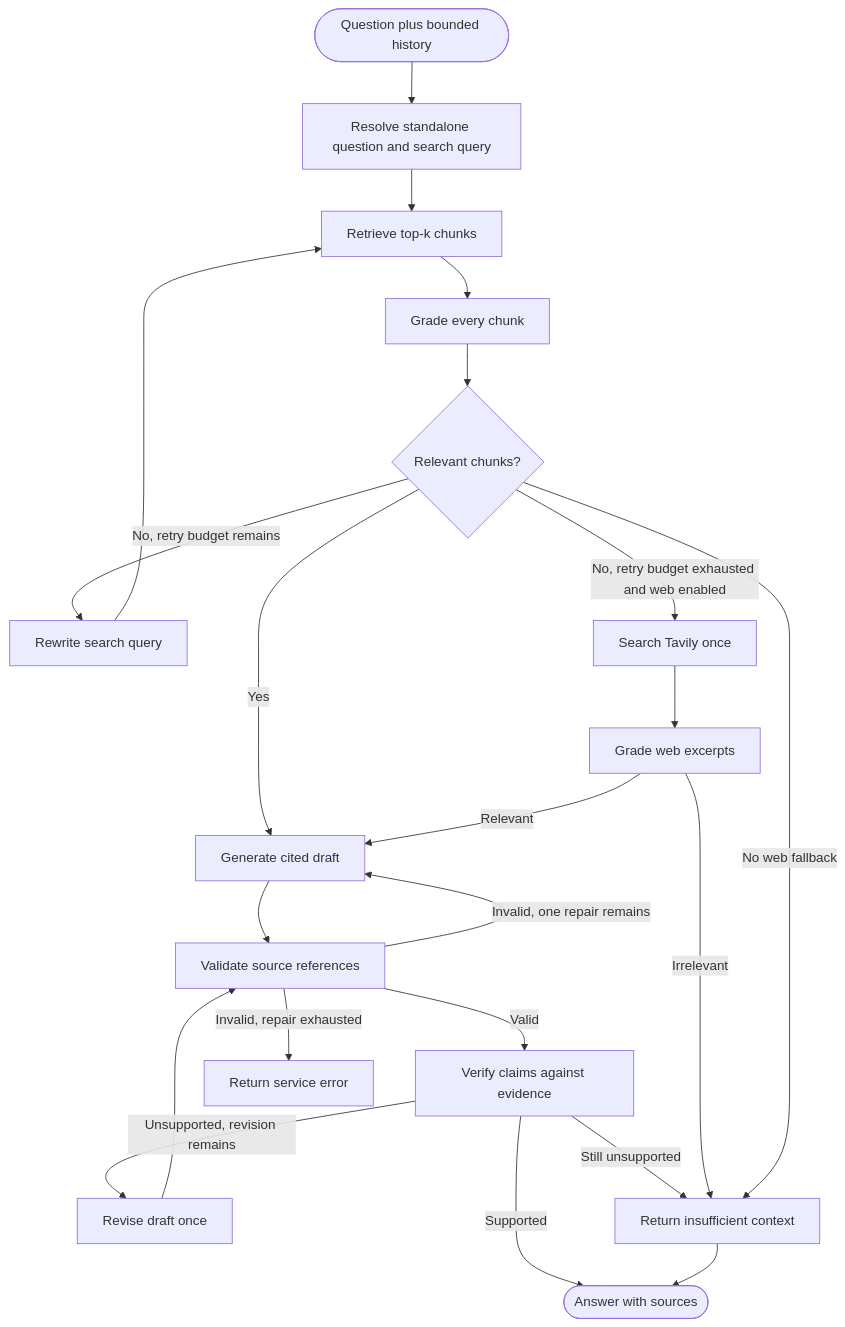
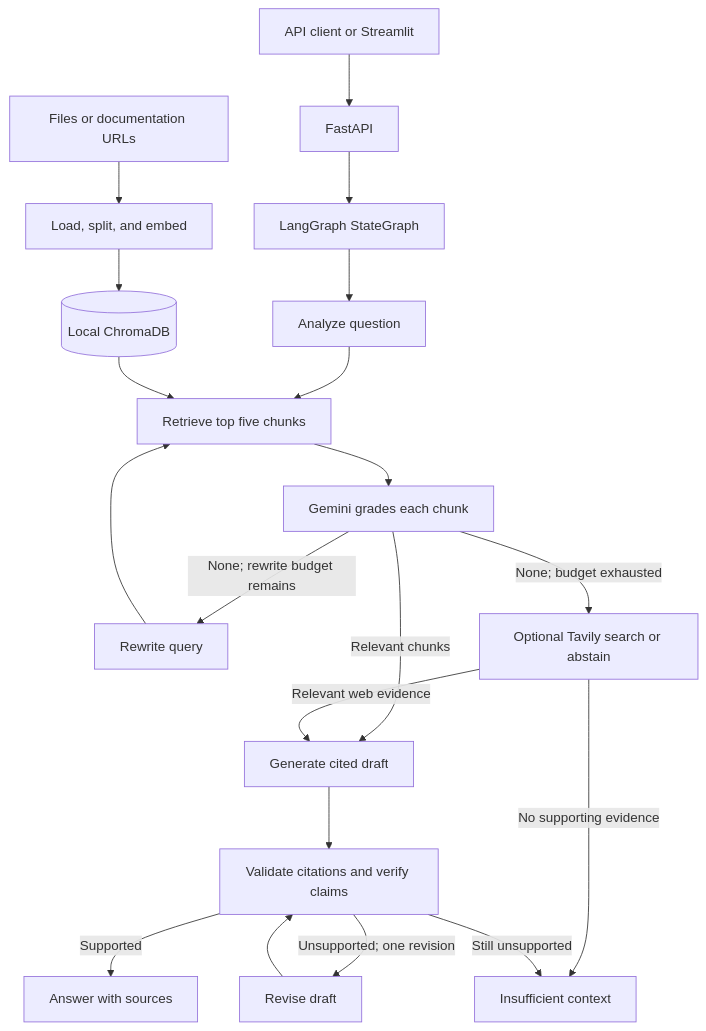
Before and after one commit to Sonam-icon/know-it: the diagram in README.md, drawn with Mermaid. The commit also changed other lines of this file, not shown here.

Commit message:
chore: updated the readme.md for architecture diagram

````diff
--- a/README.md
+++ b/README.md
@@ -51,24 +7,22 @@
-~~~mermaid
+```mermaid
 flowchart TD
-    Start([Question plus bounded history]) --> Analyze[Resolve standalone question and search query]
-    Analyze --> Retrieve[Retrieve top-k chunks]
-    Retrieve --> Grade[Grade every chunk]
-    Grade --> Decision{Relevant chunks?}
-    Decision -->|Yes| Generate[Generate cited draft]
-    Generate --> Cite[Validate source references]
-    Cite -->|Valid| Verify[Verify claims against evidence]
-    Cite -->|Invalid, one repair remains| Generate
-    Cite -->|Invalid, repair exhausted| ProviderError[Return service error]
-    Verify -->|Supported| Done([Answer with sources])
-    Verify -->|Unsupported, revision remains| Revise[Revise draft once]
-    Revise --> Cite
-    Verify -->|Still unsupported| Abstain
-    Decision -->|No, retry budget remains| Rewrite[Rewrite search query]
+    Docs[Files or documentation URLs] --> Ingest[Load, split, and embed]
+    Ingest --> Chroma[(Local ChromaDB)]
+    Client[API client or Streamlit] --> API[FastAPI]
+    API --> Graph[LangGraph StateGraph]
+    Graph --> Analyze[Analyze question]
+    Analyze --> Retrieve[Retrieve top five chunks]
+    Chroma --> Retrieve
+    Retrieve --> Grade[Gemini grades each chunk]
+    Grade -->|Relevant chunks| Generate[Generate cited draft]
+    Grade -->|None; rewrite budget remains| Rewrite[Rewrite query]
     Rewrite --> Retrieve
-    Decision -->|No, retry budget exhausted and web enabled| Web[Search Tavily once]
-    Web --> WebGrade[Grade web excerpts]
-    WebGrade -->|Relevant| Generate
-    WebGrade -->|Irrelevant| Abstain[Return insufficient context]
-    Decision -->|No web fallback| Abstain
-    Abstain --> Done
-~~~
+    Grade -->|None; budget exhausted| Fallback[Optional Tavily search or abstain]
+    Fallback -->|Relevant web evidence| Generate
+    Fallback -->|No supporting evidence| Abstain[Insufficient context]
+    Generate --> Check[Validate citations and verify claims]
+    Check -->|Supported| Answer[Answer with sources]
+    Check -->|Unsupported; one revision| Revise[Revise draft]
+    Revise --> Check
+    Check -->|Still unsupported| Abstain
+```
````
